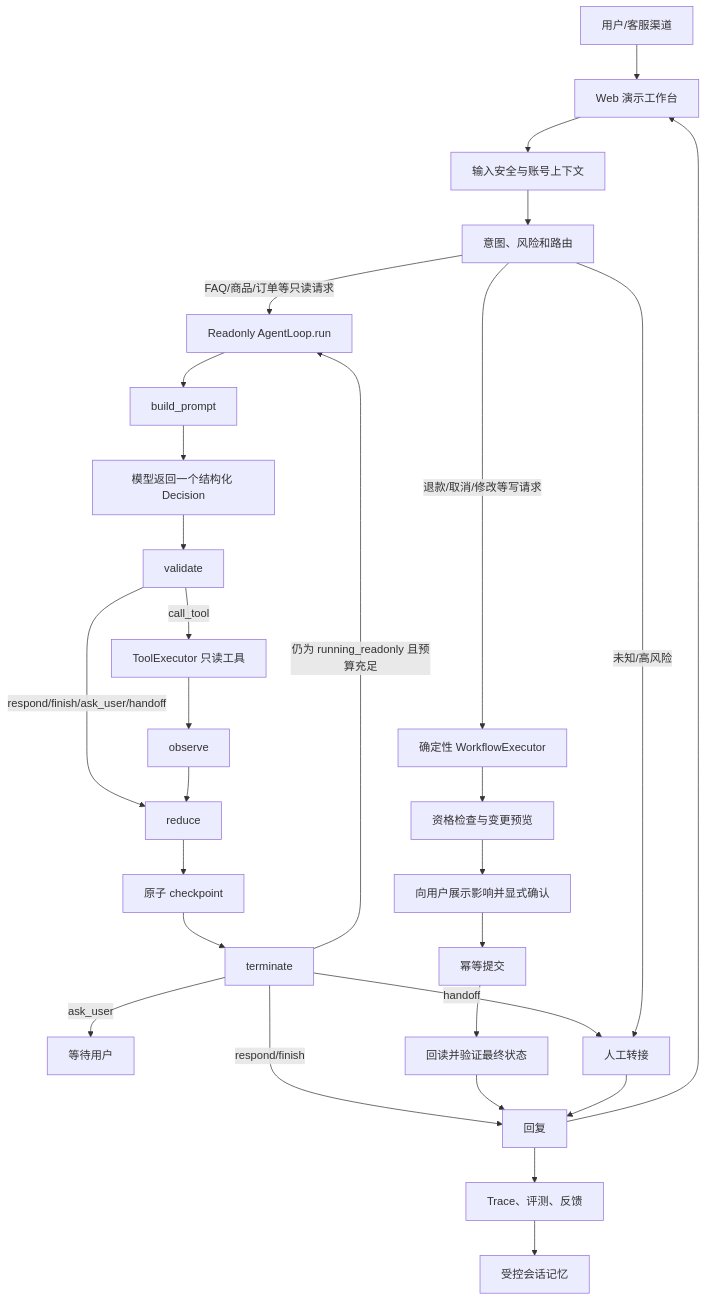
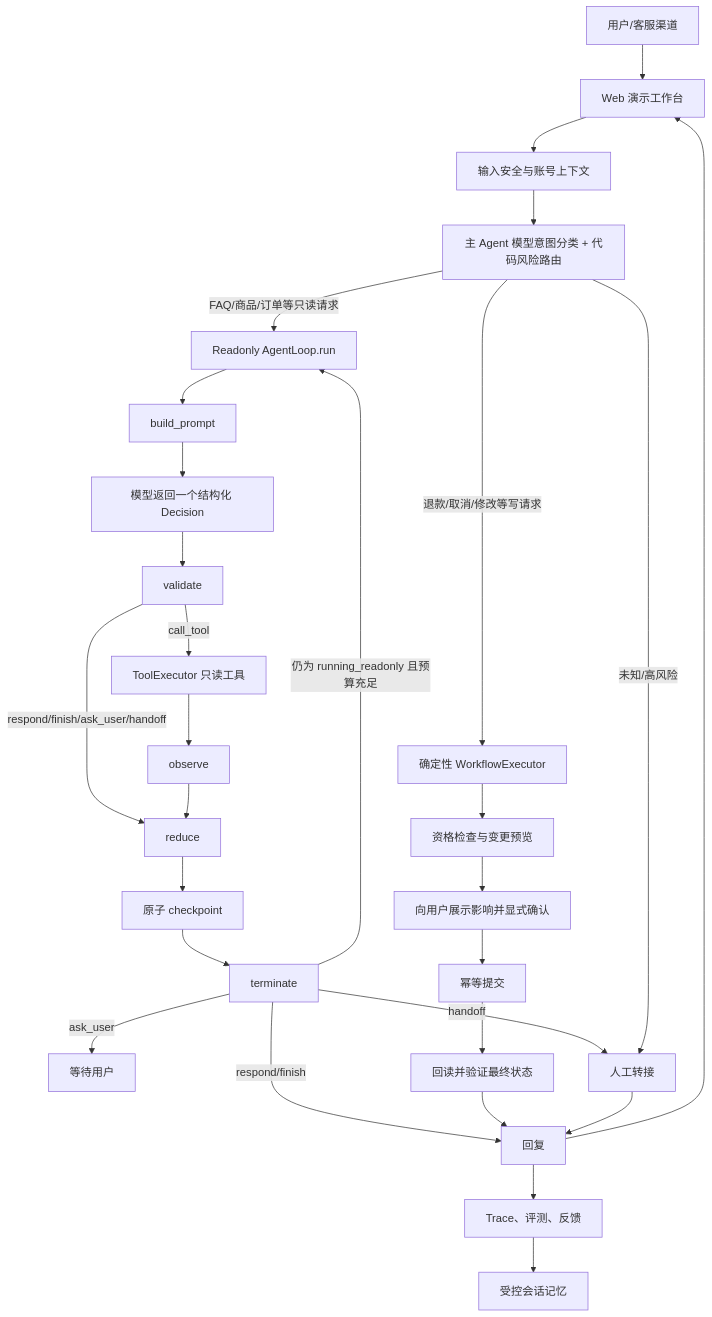
The first of 6 diagrams in docs/plan/feasibility-and-implementation-plan.md (MMMDY/CommerceAgent), drawn with Mermaid before and after one commit. The commit also changed other lines of this file and 1 other file, not shown here.

Commit message:
docs: 明确意图分类复用主模型

````diff
--- a/docs/plan/feasibility-and-implementation-plan.md
+++ b/docs/plan/feasibility-and-implementation-plan.md
@@ -42,31 +43,31 @@
 ```mermaid
 flowchart TD
     U[用户/客服渠道] --> UI[Web 演示工作台]
     UI --> G[输入安全与账号上下文]
-    G --> R[意图、风险和路由]
+    G --> R[主 Agent 模型意图分类 + 代码风险路由]
     R -->|FAQ/商品/订单等只读请求| L[Readonly AgentLoop.run]
     L --> B[build_prompt]
     B --> D[模型返回一个结构化 Decision]
     D --> VAL[validate]
     VAL -->|call_tool| TOOL[ToolExecutor 只读工具]
     TOOL --> OBS[observe]
     VAL -->|respond/finish/ask_user/handoff| REDUCE[reduce]
     OBS --> REDUCE
     REDUCE --> CP[原子 checkpoint]
     CP --> TERM[terminate]
     TERM -->|仍为 running_readonly 且预算充足| L
     TERM -->|respond/finish| O[回复]
     TERM -->|ask_user| A[等待用户]
     TERM -->|handoff| H[人工转接]
     R -->|退款/取消/修改等写请求| W[确定性 WorkflowExecutor]
     R -->|未知/高风险| H[人工转接]
     W --> P[资格检查与变更预览]
     P --> CONF[向用户展示影响并显式确认]
     CONF --> X[幂等提交]
     X --> V[回读并验证最终状态]
     V --> O
     H --> O
     O --> UI
     O --> TRACE[Trace、评测、反馈]
     TRACE --> M[受控会话记忆]
 ```
````
